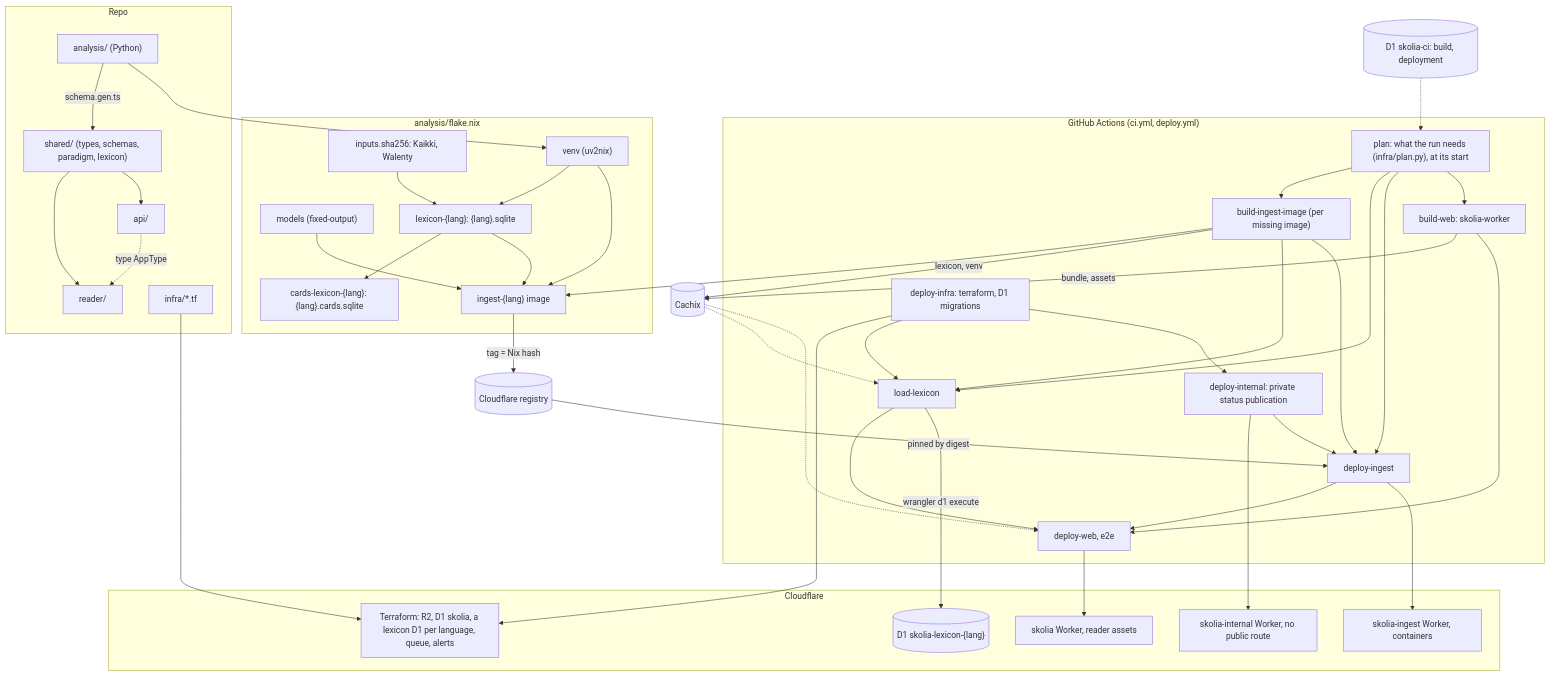
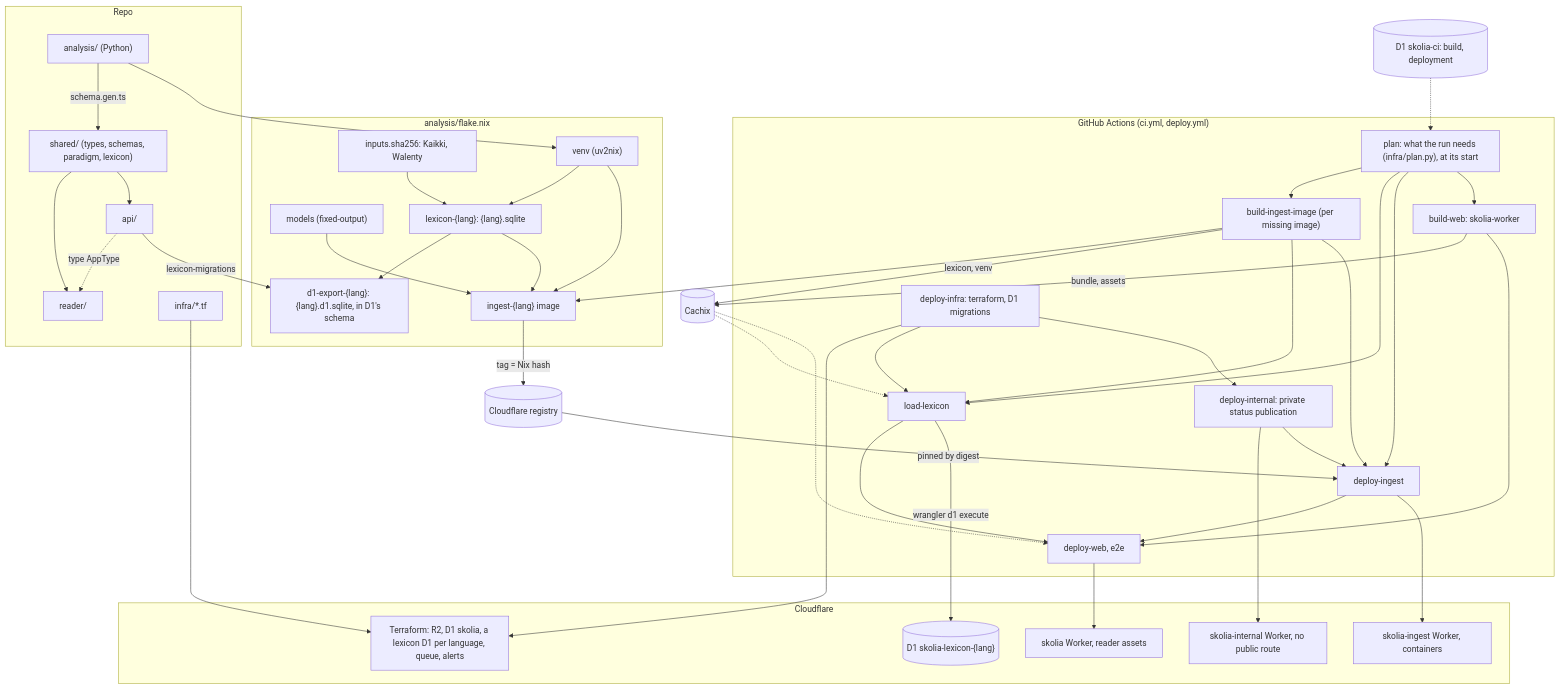
Before and after one commit to skolia-io/skolia: the third of 3 diagrams in ARCHITECTURE.md, drawn with Mermaid. The commit also changed 29 other files, not shown here.

First line of the commit message:
feat(lexicon): serve the lexicon graph from D1 (#178)

````diff
--- a/ARCHITECTURE.md
+++ b/ARCHITECTURE.md
@@ -104,76 +104,77 @@
 ```mermaid
 flowchart TB
   subgraph Repo
     PY["analysis/ (Python)"]
     SH["shared/ (types, schemas, paradigm, lexicon)"]
     RDR["reader/"]
     APIS["api/"]
     TFS["infra/*.tf"]
   end
   subgraph Nix["analysis/flake.nix"]
     INP["inputs.sha256: Kaikki, Walenty"]
     MOD["models (fixed-output)"]
     VENV["venv (uv2nix)"]
     LEXN["lexicon-{lang}: {lang}.sqlite"]
-    CARDS["cards-lexicon-{lang}: {lang}.cards.sqlite"]
+    D1X["d1-export-{lang}: {lang}.d1.sqlite, in D1's schema"]
     IMG["ingest-{lang} image"]
   end
   subgraph CI["GitHub Actions (ci.yml, deploy.yml)"]
     PL["plan: what the run needs (infra/plan.py), at its start"]
     BII["build-ingest-image (per missing image)"]
     DI["deploy-infra: terraform, D1 migrations"]
     LL["load-lexicon"]
     DINT["deploy-internal: private status publication"]
     DGI["deploy-ingest"]
     BW["build-web: skolia-worker"]
     DW["deploy-web, e2e"]
   end
   CX[("Cachix")]
   CIDB[("D1 skolia-ci: build, deployment")]
   REG[("Cloudflare registry")]
   subgraph CF["Cloudflare"]
     TFR["Terraform: R2, D1 skolia, a lexicon D1 per language, queue, alerts"]
     LXDB[("D1 skolia-lexicon-{lang}")]
     INTD["skolia-internal Worker, no public route"]
     INGD["skolia-ingest Worker, containers"]
     WEBD["skolia Worker, reader assets"]
   end
 
   PY -->|"schema.gen.ts"| SH
   SH --> RDR
   SH --> APIS
   APIS -.->|"type AppType"| RDR
   PY --> VENV
   INP --> LEXN
   VENV --> LEXN
-  LEXN --> CARDS
+  LEXN --> D1X
+  APIS -- "lexicon-migrations" --> D1X
   MOD --> IMG
   VENV --> IMG
   LEXN --> IMG
   PL --> BII
   PL --> LL
   PL --> DGI
   PL --> BW
   CIDB -.-> PL
   BW -->|"bundle, assets"| CX
   BW --> DW
   BII --> IMG
   BII -->|"lexicon, venv"| CX
   IMG -->|"tag = Nix hash"| REG
   BII --> LL
   BII --> DGI
   TFS --> TFR
   DI --> TFR
   DI --> LL
   DI --> DINT
   DINT --> INTD
   DINT --> DGI
   DGI --> DW
   LL --> DW
   CX -.-> LL
   CX -.-> DW
   LL -->|"wrangler d1 execute"| LXDB
   REG -->|"pinned by digest"| DGI
   DGI --> INGD
   DW --> WEBD
 ```
````
